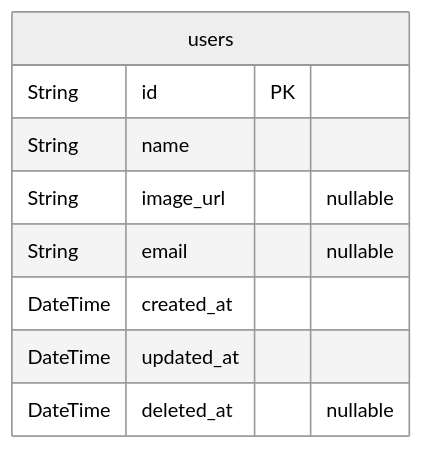
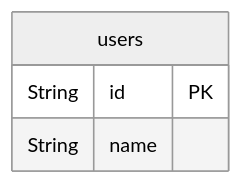
The second of 2 diagrams in ERD.md (rojiwon123/bbs), drawn with Mermaid (neutral theme) before and after one commit. The commit also changed other lines of this file and 7 other files, not shown here.

````diff
--- a/ERD.md
+++ b/ERD.md
@@ -161,12 +202,7 @@
 ```mermaid
 erDiagram
 users {
     String id PK
     String name
-    String image_url "nullable"
-    String email "nullable"
-    DateTime created_at
-    DateTime updated_at
-    DateTime deleted_at "nullable"
 }
 ```
````
